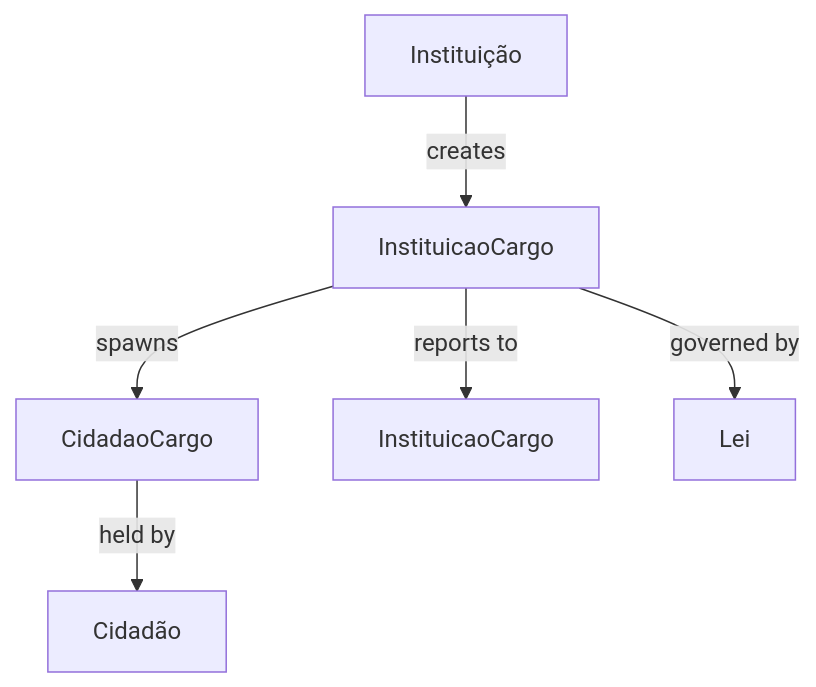
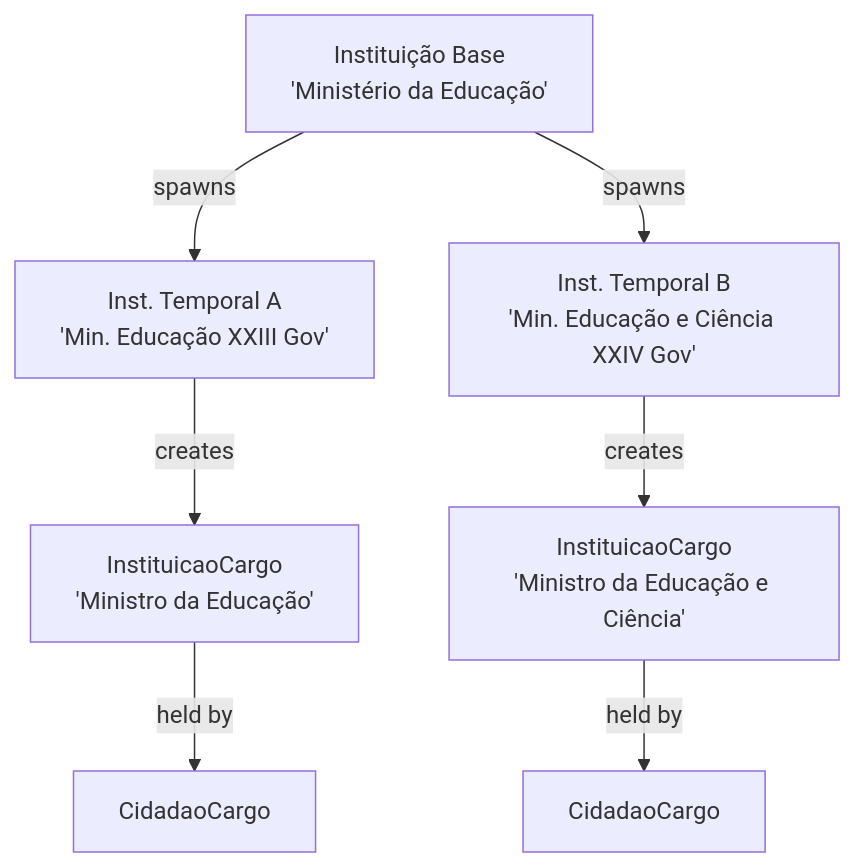
Before and after one commit to CarlosLiberJesus/obsidian-vault: the first of 3 diagrams in vault/BeWhyOrg/InServer/Backend/Database/Entity-InstituicaoCargo.md, drawn with Mermaid. The commit also changed other lines of this file and 11 other files, not shown here.

````diff
--- a/vault/BeWhyOrg/InServer/Backend/Database/Entity-InstituicaoCargo.md
+++ b/vault/BeWhyOrg/InServer/Backend/Database/Entity-InstituicaoCargo.md
@@ -9,8 +9,9 @@
 ```mermaid
 graph TD
-    I[Instituição] --> |creates| IC[InstituicaoCargo]
-    IC --> |spawns| CC[CidadaoCargo]
-    IC --> |reports to| IC2[InstituicaoCargo]
-    IC --> |governed by| L[Lei]
-    CC --> |held by| C[Cidadão]
+    IB[Instituição Base<br>'Ministério da Educação'] --> |spawns| IG1[Inst. Temporal A<br>'Min. Educação XXIII Gov']
+    IB --> |spawns| IG2[Inst. Temporal B<br>'Min. Educação e Ciência XXIV Gov']
+    IG1 --> |creates| IC1[InstituicaoCargo<br>'Ministro da Educação']
+    IG2 --> |creates| IC2[InstituicaoCargo<br>'Ministro da Educação e Ciência']
+    IC1 --> |held by| CC1[CidadaoCargo]
+    IC2 --> |held by| CC2[CidadaoCargo]
 ```
````
